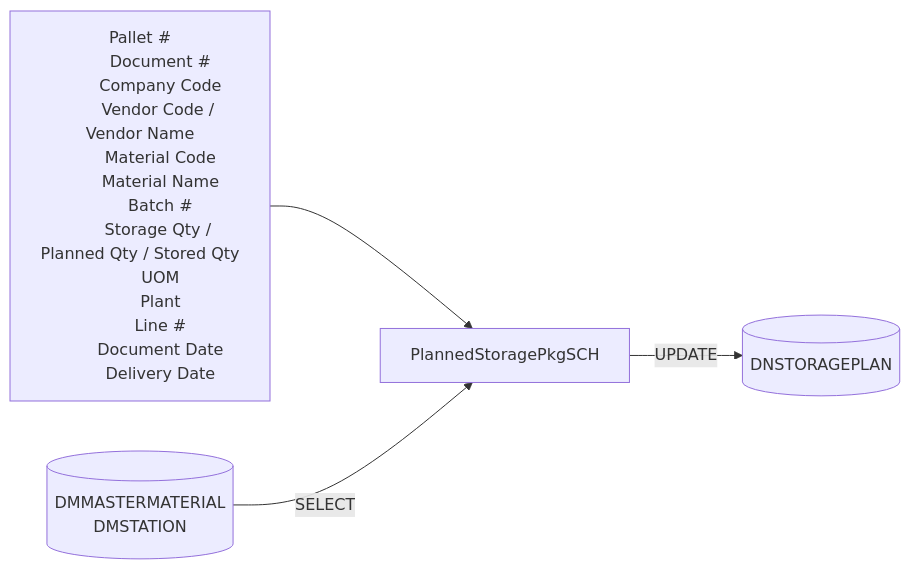
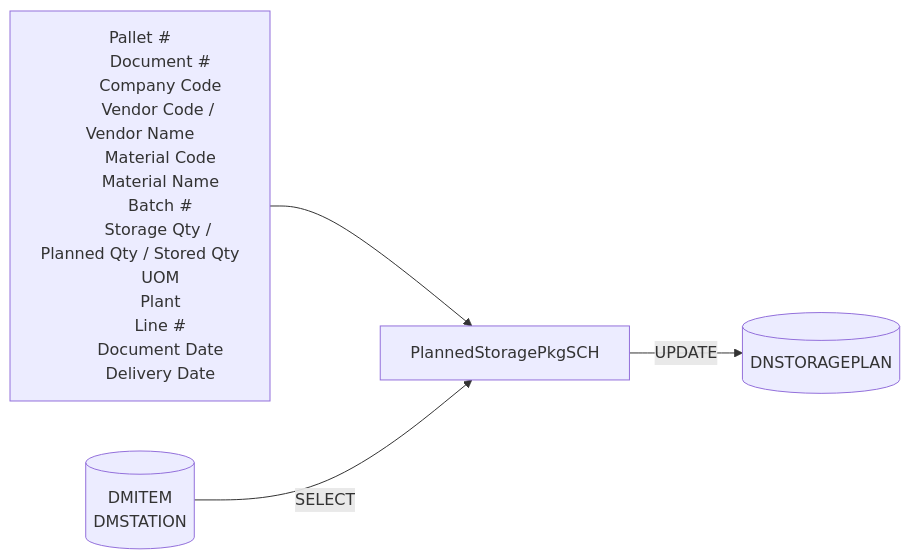
One commit to luthfiadityaa/SimeDarby-Wiki changed the second of 12 diagrams in Basic-Design/DFD-WMS/Storage/Planned-Storage-Packaging-Material.md. Above: the diagram before and after it, drawn with Mermaid. The commit also changed other lines of this file, not shown here.

Commit message:
update flow for storage packaging

```diff
--- a/Basic-Design/DFD-WMS/Storage/Planned-Storage-Packaging-Material.md
+++ b/Basic-Design/DFD-WMS/Storage/Planned-Storage-Packaging-Material.md
@@ -118,33 +118,33 @@
 ::: mermaid
 flowchart LR
     input[
         Pallet #
         Document #
         Company Code
         Vendor Code / Vendor Name
         Material Code
         Material Name
         Batch #
         Storage Qty / Planned Qty / Stored Qty
         UOM
         Plant
         Line #
         Document Date
         Delivery Date
     ]
 
     tableList-select[("
-        DMMASTERMATERIAL
+        DMITEM
         DMSTATION
     ")]
 
     tableList-update[("
         DNSTORAGEPLAN
     ")]
 
     className[PlannedStoragePkgSCH]
 
     input --> className--> |UPDATE| tableList-update
     tableList-select--> |SELECT| className 
 
 :::
```
